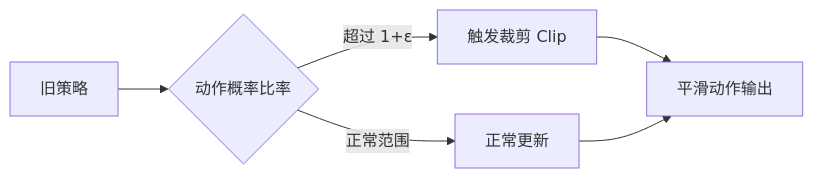
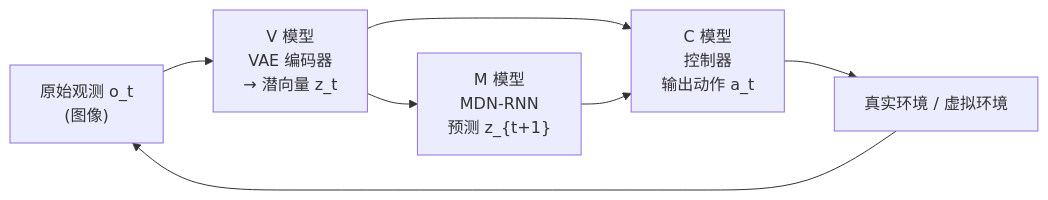
One commit to TingdeLiu/tingdeliu.github.io changed the fifth of 12 diagrams in _posts/2026-04-25-Reinforcement-Learning-Embodied-Survey.md. Above: the diagram before and after it, drawn with Mermaid. The commit also changed other lines of this file, not shown here.

````diff
--- a/_posts/2026-04-25-Reinforcement-Learning-Embodied-Survey.md
+++ b/_posts/2026-04-25-Reinforcement-Learning-Embodied-Survey.md
@@ -66,8 +419,9 @@
 ```mermaid
 graph LR
-    A[旧策略] --> B{动作概率比率}
-    B -- 超过 1+ε --> C[触发裁剪 Clip]
-    B -- 正常范围 --> D[正常更新]
-    C --> E[平滑动作输出]
-    D --> E
+    A["原始观测 o_t<br/>(图像)"] --> B["V 模型<br/>VAE 编码器<br/>→ 潜向量 z_t"]
+    B --> C["C 模型<br/>控制器<br/>输出动作 a_t"]
+    B --> D["M 模型<br/>MDN-RNN<br/>预测 z_{t+1}"]
+    D --> C
+    C --> E["真实环境 / 虚拟环境"]
+    E --> A
 ```
````
